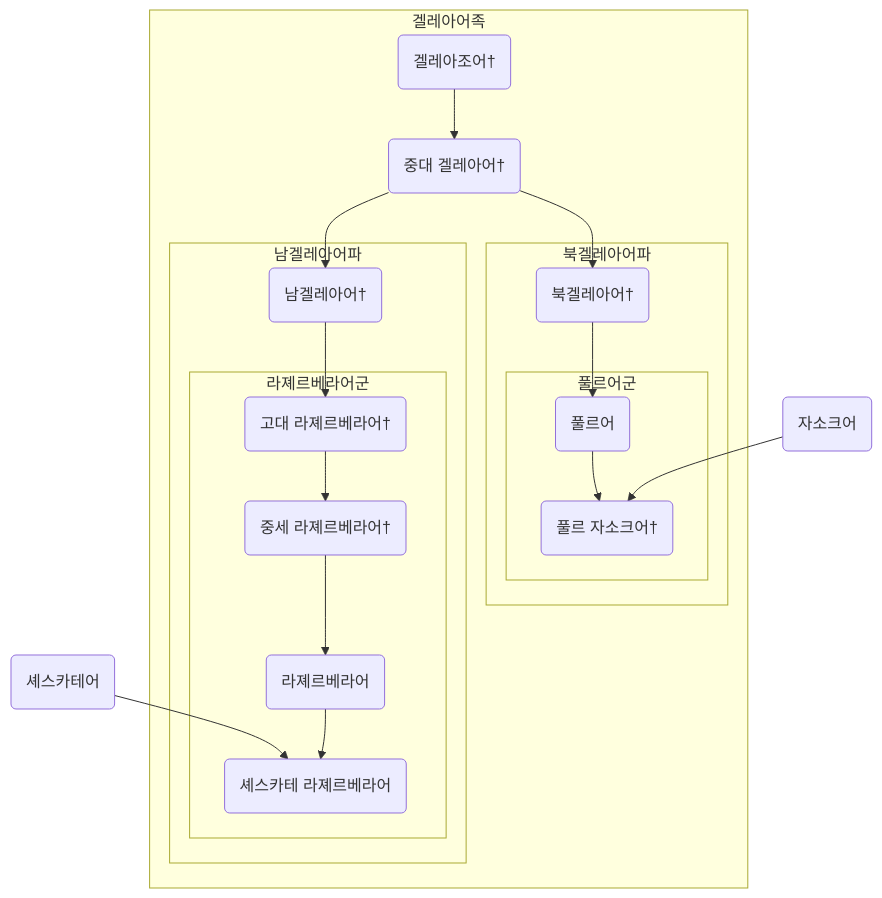
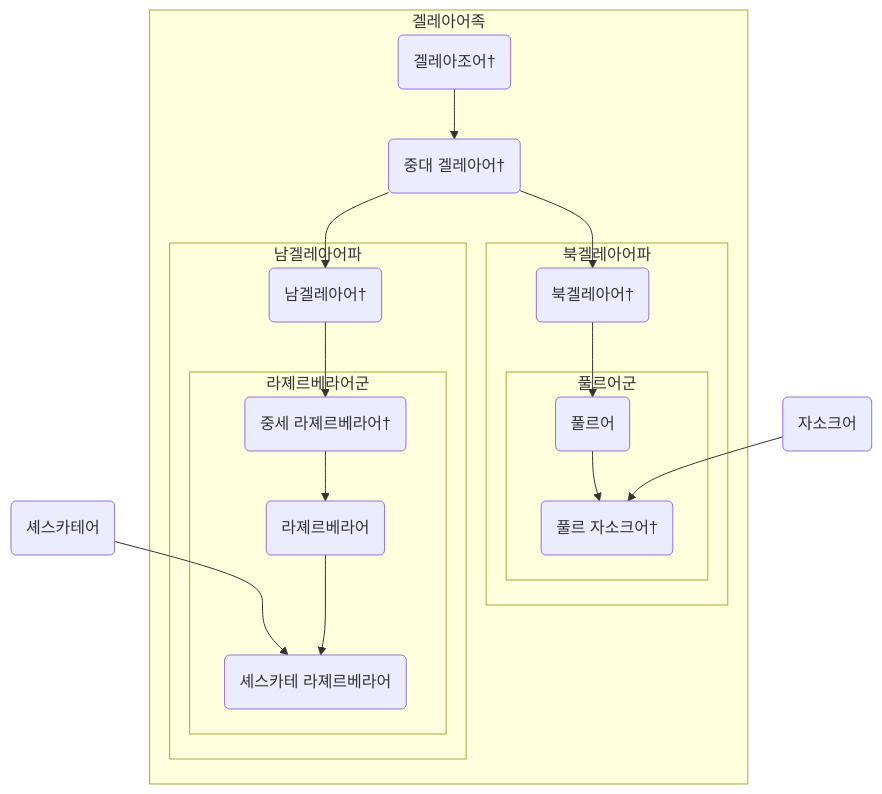
Before and after one commit to cedille789/Lazhervera: the diagram in 겔레아어족/계보.md, drawn with Mermaid. The commit also changed 2 other files, not shown here.

Commit message:
vault backup: 2023-10-01 09:35:52

````diff
--- a/겔레아어족/계보.md
+++ b/겔레아어족/계보.md
@@ -1,28 +1,28 @@
 ```mermaid
 graph TD
   sches("셰스카테어") --> sl
 
   subgraph 겔레아어족
     pg("겔레아조어†") --> mg("중대 겔레아어†")
     mg --> ng
     mg --> sg
     
     subgraph 북겔레아어파
       ng("북겔레아어†") --> pulr
       
       subgraph 풀르어군
         pulr(풀르어) --> pz("풀르 자소크어†")
       end
     end
     
     subgraph 남겔레아어파
-      sg("남겔레아어†") --> ol
+      sg("남겔레아어†") --> ml
       
       subgraph 라졔르베라어군
-        ol("고대 라졔르베라어†") --> ml("중세 라졔르베라어†") --> lazhon(라졔르베라어) --> sl(셰스카테 라졔르베라어)
+        ml("중세 라졔르베라어†") --> lazhon(라졔르베라어) --> sl(셰스카테 라졔르베라어)
       end
     end
   end
   
   zasok("자소크어") --> pz
 ```
````
